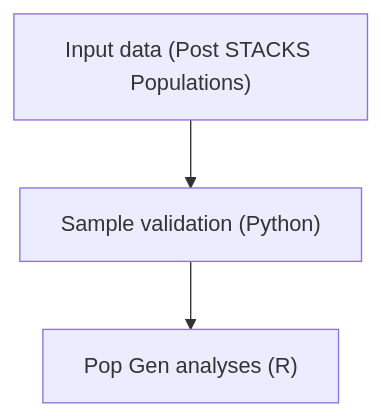
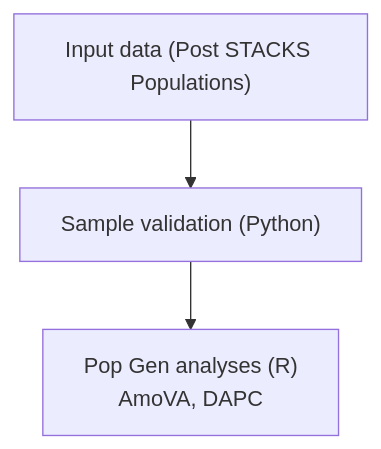
Before and after one commit to estrasko/Pop-Gen-Pipe: the diagram in README.md, drawn with Mermaid. The commit also changed other lines of this file, not shown here.

````diff
--- a/README.md
+++ b/README.md
@@ -32,9 +31,10 @@
 ```mermaid
 graph TD;
    A-->B
    A["Input data (Post STACKS Populations)"]
    B["Sample validation (Python)"]
    B-->C
    B["Sample validation (Python)"]
-   C["Pop Gen analyses (R)"]
+   C["Pop Gen analyses (R)
+   AmoVA, DAPC"]
 ```
````
